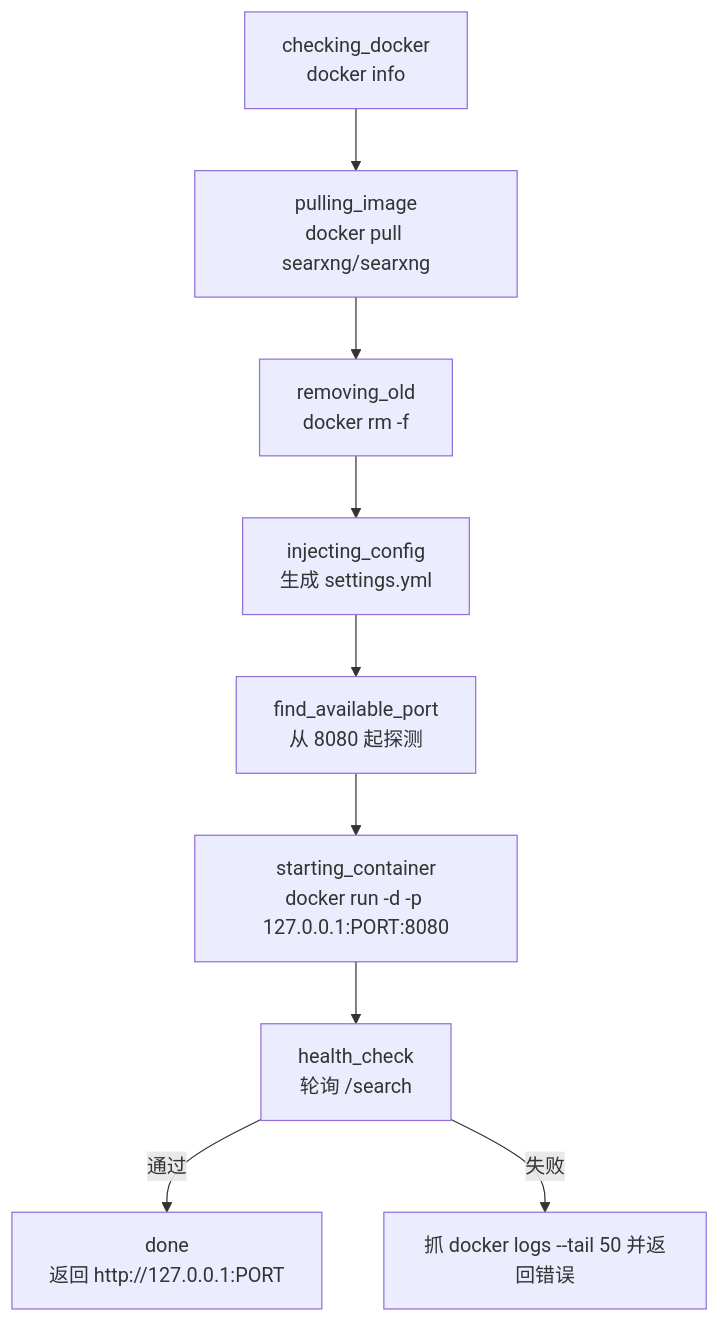
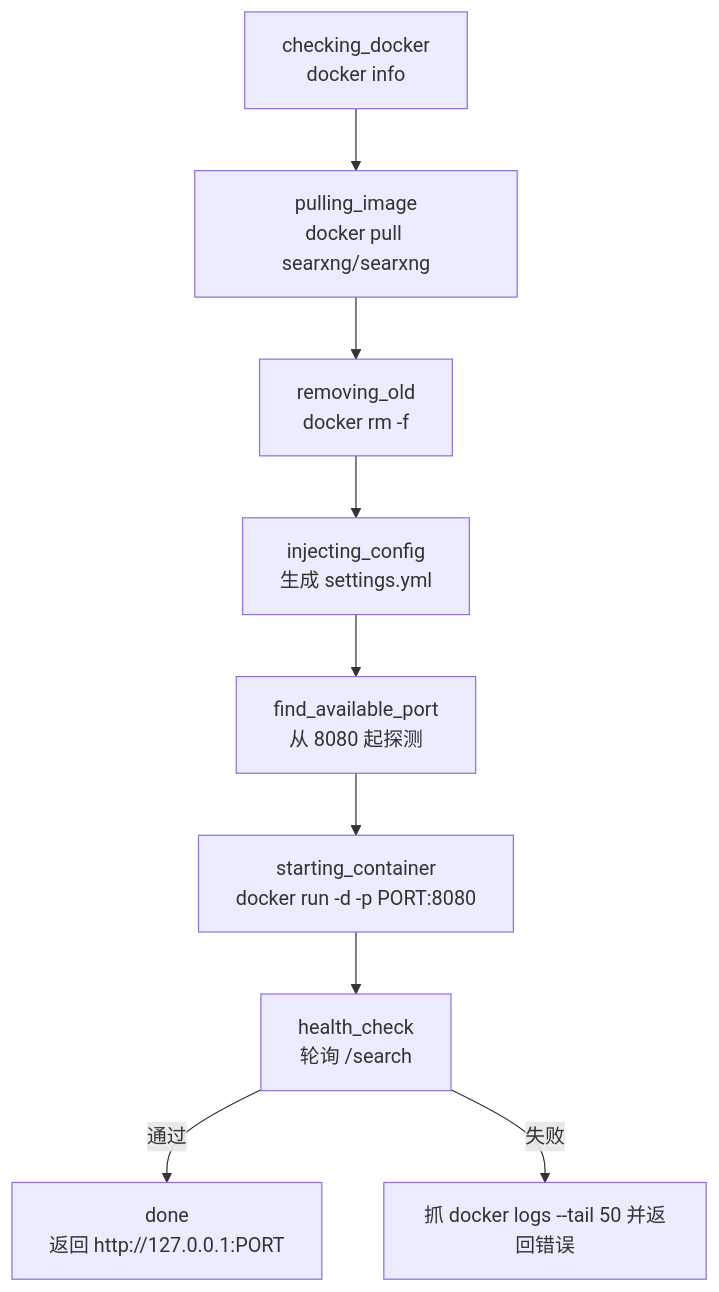
Before and after one commit to shiwenwen/hope-agent: the sixth of 6 diagrams in docs/architecture/sandbox.md, drawn with Mermaid. The commit also changed other lines of this file and 12 other files, not shown here.

````diff
--- a/docs/architecture/sandbox.md
+++ b/docs/architecture/sandbox.md
@@ -610,11 +546,11 @@
 ```mermaid
 flowchart TD
     A["checking_docker<br/>docker info"] --> B["pulling_image<br/>docker pull searxng/searxng"]
     B --> C["removing_old<br/>docker rm -f"]
     C --> D["injecting_config<br/>生成 settings.yml"]
     D --> E["find_available_port<br/>从 8080 起探测"]
-    E --> F["starting_container<br/>docker run -d -p 127.0.0.1:PORT:8080"]
+    E --> F["starting_container<br/>docker run -d -p PORT:8080"]
     F --> G["health_check<br/>轮询 /search"]
     G -->|通过| H["done<br/>返回 http://127.0.0.1:PORT"]
     G -->|失败| I["抓 docker logs --tail 50 并返回错误"]
 ```
````
